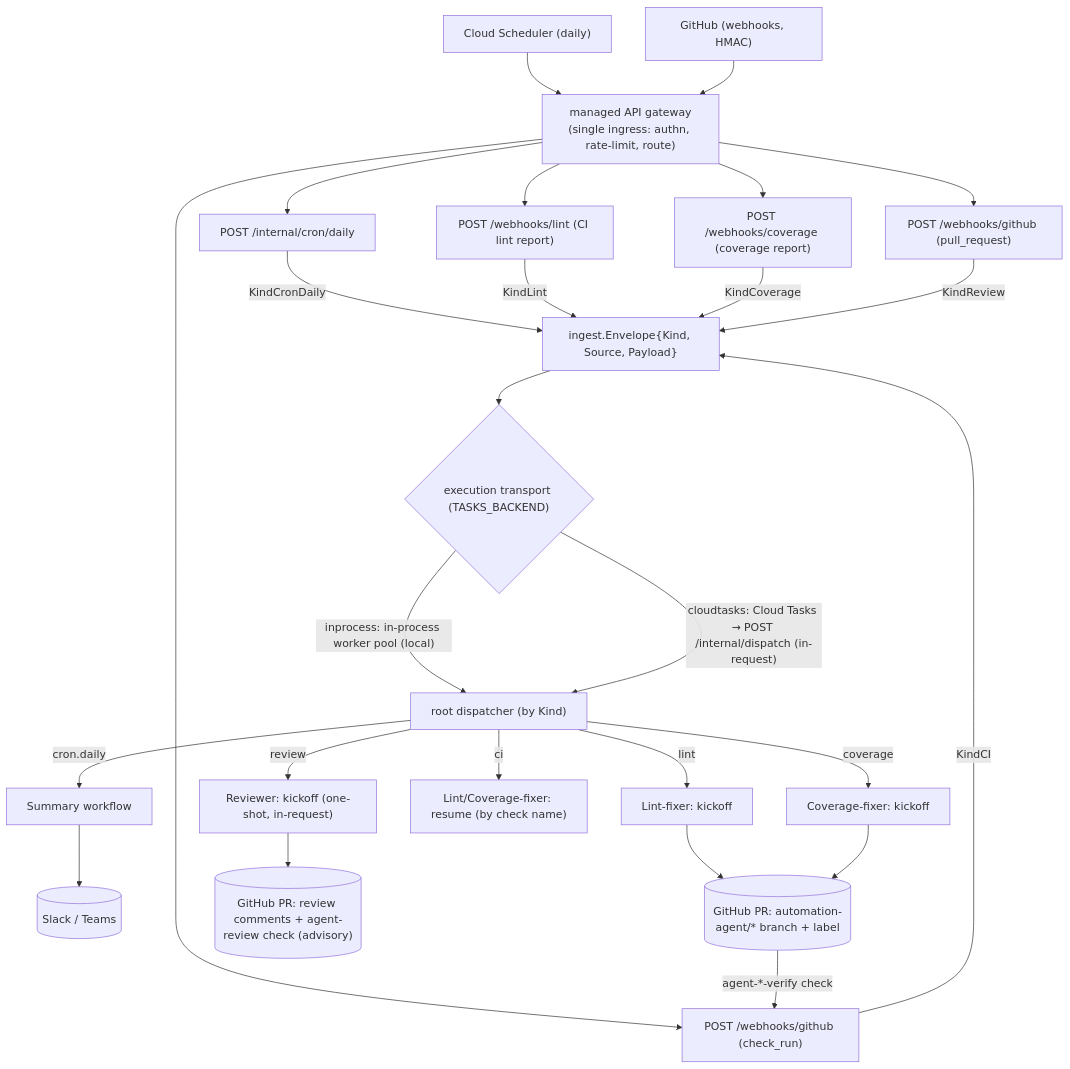
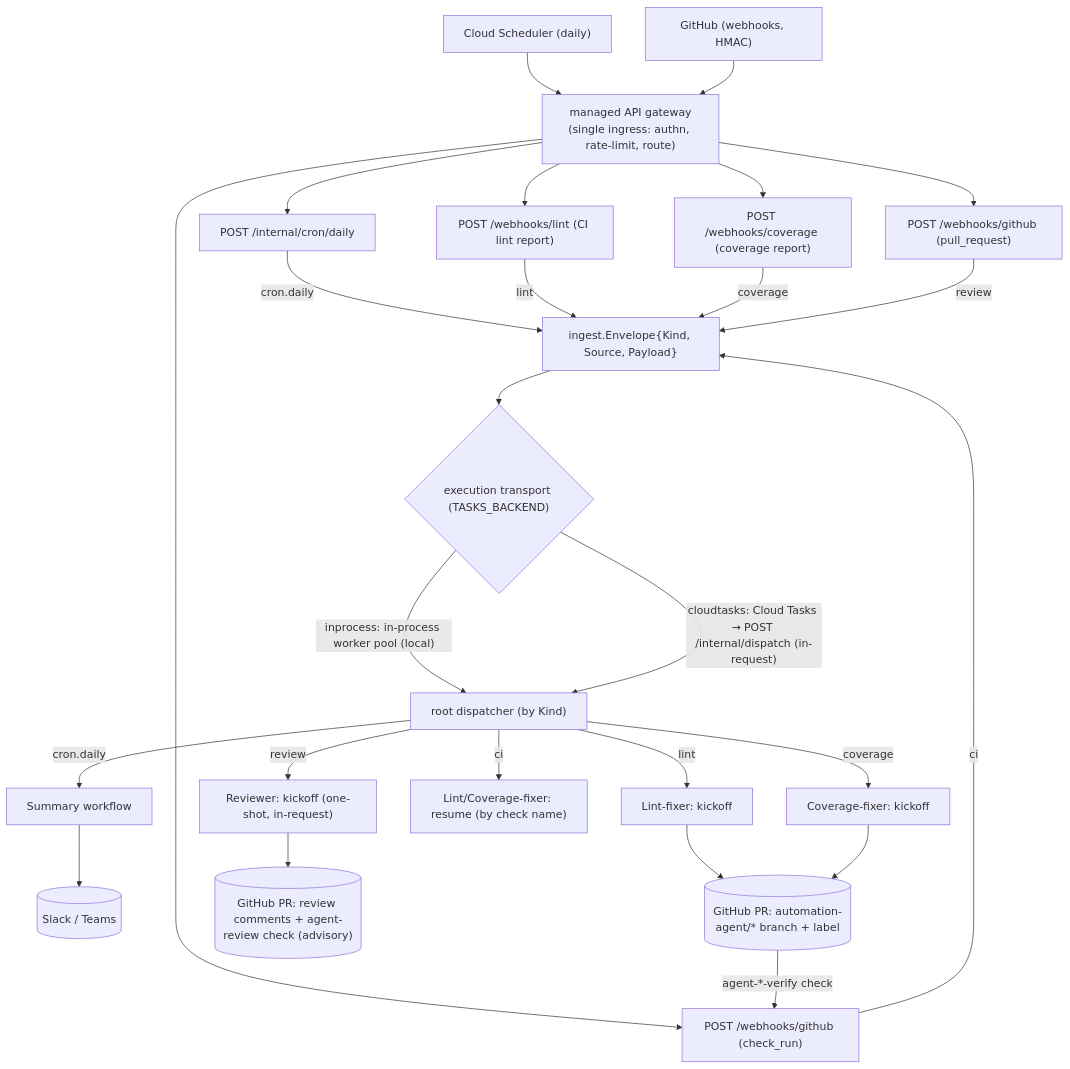
One commit to jkjamies/automation-agent changed the first of 2 diagrams in okf/orientation/event-flow.md. Above: the diagram before and after it, drawn with Mermaid. The commit also changed other lines of this file and 11 other files, not shown here.

````diff
--- a/okf/orientation/event-flow.md
+++ b/okf/orientation/event-flow.md
@@ -17,30 +17,30 @@
 ```mermaid
 flowchart TD
     CS["Cloud Scheduler (daily)"] --> GW
     GH["GitHub (webhooks, HMAC)"] --> GW
     GW["managed API gateway<br/>(single ingress: authn, rate-limit, route)"] --> Cron["POST /internal/cron/daily"]
     GW --> WLint["POST /webhooks/lint (CI lint report)"]
     GW --> WCov["POST /webhooks/coverage (coverage report)"]
     GW --> WCI["POST /webhooks/github (check_run)"]
     GW --> WReview["POST /webhooks/github (pull_request)"]
-    Cron -->|KindCronDaily| Env["ingest.Envelope{Kind, Source, Payload}"]
-    WLint -->|KindLint| Env
-    WCov -->|KindCoverage| Env
-    WCI -->|KindCI| Env
-    WReview -->|KindReview| Env
+    Cron -->|cron.daily| Env["ingest.Envelope{Kind, Source, Payload}"]
+    WLint -->|lint| Env
+    WCov -->|coverage| Env
+    WCI -->|ci| Env
+    WReview -->|review| Env
     Env --> TX{"execution transport (TASKS_BACKEND)"}
     TX -->|"inprocess: in-process worker pool (local)"| Root
     TX -->|"cloudtasks: Cloud Tasks → POST /internal/dispatch (in-request)"| Root
     Root["root dispatcher (by Kind)"]
     Root -->|"cron.daily"| Sum["Summary workflow"]
     Root -->|lint| LFK["Lint-fixer: kickoff"]
     Root -->|coverage| CFK["Coverage-fixer: kickoff"]
     Root -->|ci| LFR["Lint/Coverage-fixer: resume (by check name)"]
     Root -->|review| RVK["Reviewer: kickoff (one-shot, in-request)"]
 
     Sum --> Chat[("Slack / Teams")]
     LFK --> PR[("GitHub PR: automation-agent/* branch + label")]
     CFK --> PR
     PR -->|"agent-*-verify check"| WCI
     RVK --> RV[("GitHub PR: review comments + agent-review check (advisory)")]
 ```
````
